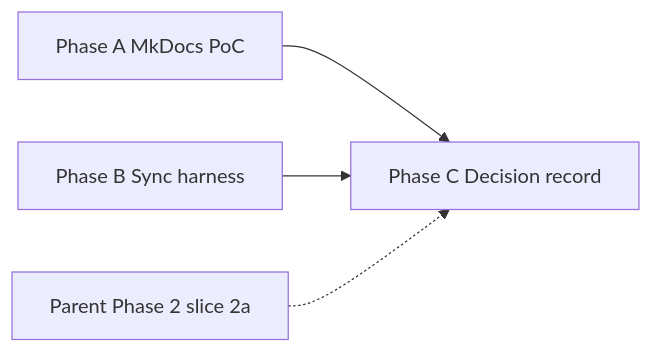
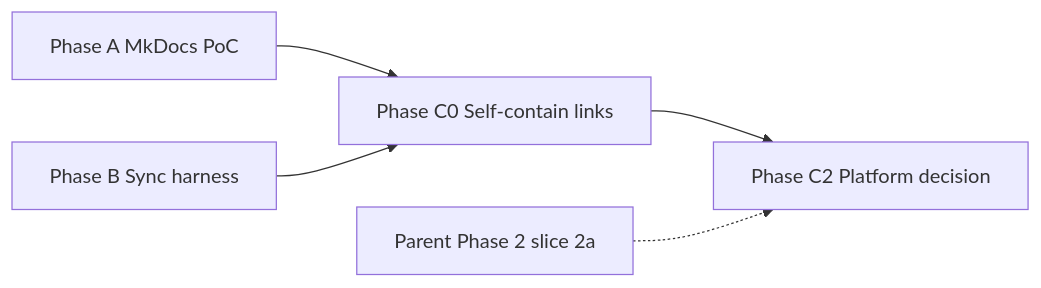
The diagram in dev-docs/plans/supporting/USER_DOCS_PLATFORM_AND_SYNC_HARNESS_PLAN.md (kgrizz-git/DICOMViewerV3), drawn with Mermaid before and after one commit. The commit also changed other lines of this file and 1 other file, not shown here.

First line of the commit message:
Fold user-docs self-containment into Phase C of the platform plan.

````diff
--- a/dev-docs/plans/supporting/USER_DOCS_PLATFORM_AND_SYNC_HARNESS_PLAN.md
+++ b/dev-docs/plans/supporting/USER_DOCS_PLATFORM_AND_SYNC_HARNESS_PLAN.md
@@ -271,6 +323,7 @@
 ```mermaid
 flowchart LR
-  A[Phase A MkDocs PoC] --> C[Phase C Decision record]
-  B[Phase B Sync harness] --> C
-  P[Parent Phase 2 slice 2a] -.-> C
+  A[Phase A MkDocs PoC] --> C0[Phase C0 Self-contain links]
+  B[Phase B Sync harness] --> C0
+  C0 --> C2[Phase C2 Platform decision]
+  P[Parent Phase 2 slice 2a] -.-> C2
 ```
````
